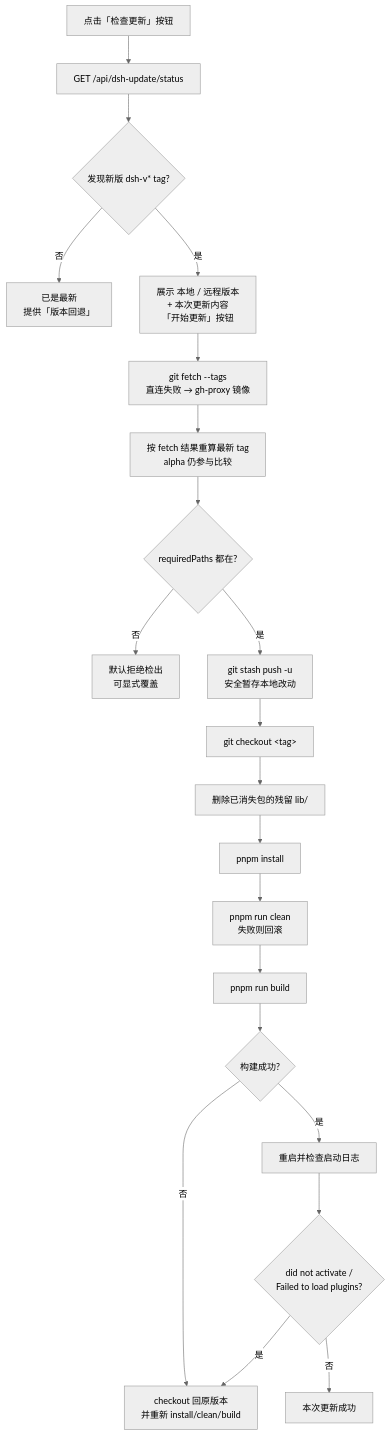
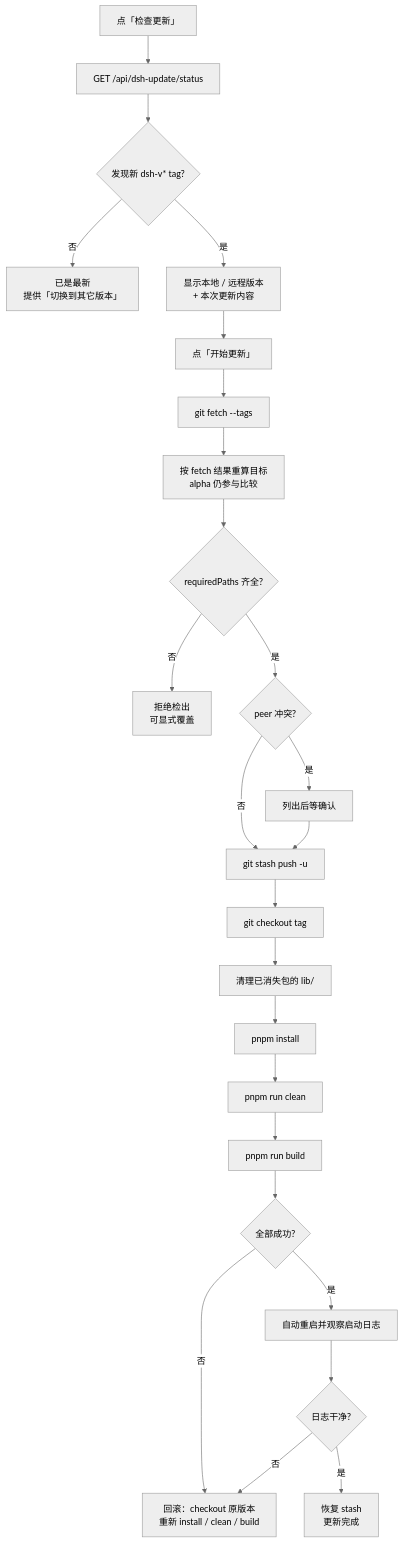
One commit to Zhucy123/dsh-update changed the diagram in README.md. Above: the diagram before and after it, drawn with Mermaid (neutral theme). The commit also changed other lines of this file and 7 other files, not shown here.

First line of the commit message:
v2.0.0: 重写 README 并补真实界面截图

````diff
--- a/README.md
+++ b/README.md
@@ -55,23 +219,27 @@
 ```mermaid
 flowchart TD
-    A[点击「检查更新」按钮] --> B[GET /api/dsh-update/status]
-    B --> C{发现新版 dsh-v* tag?}
-    C -- 否 --> D[已是最新<br/>提供「版本回退」]
-    C -- 是 --> E[展示 本地 / 远程版本<br/>+ 本次更新内容<br/>「开始更新」按钮]
-    E --> F[git fetch --tags<br/>直连失败 → gh-proxy 镜像]
-    F --> R[按 fetch 结果重算最新 tag<br/>alpha 仍参与比较]
-    R --> P{requiredPaths 都在?}
-    P -- 否 --> Q[默认拒绝检出<br/>可显式覆盖]
-    P -- 是 --> G[git stash push -u<br/>安全暂存本地改动]
-    G --> H[git checkout &lt;tag&gt;]
-    H --> OL[删除已消失包的残留 lib/]
+    A[点「检查更新」] --> B[GET /api/dsh-update/status]
+    B --> C{发现新 dsh-v* tag?}
+    C -- 否 --> D[已是最新<br/>提供「切换到其它版本」]
+    C -- 是 --> E[显示本地 / 远程版本<br/>+ 本次更新内容]
+    E --> F[点「开始更新」]
+    F --> G[git fetch --tags]
+    G --> R[按 fetch 结果重算目标<br/>alpha 仍参与比较]
+    R --> P{requiredPaths 齐全?}
+    P -- 否 --> Q[拒绝检出<br/>可显式覆盖]
+    P -- 是 --> PE{peer 冲突?}
+    PE -- 是 --> PF[列出后等确认]
+    PE -- 否 --> S[git stash push -u]
+    PF --> S
+    S --> H[git checkout tag]
+    H --> OL[清理已消失包的 lib/]
     OL --> I[pnpm install]
-    I --> J[pnpm run clean<br/>失败则回滚]
+    I --> J[pnpm run clean]
     J --> K[pnpm run build]
-    K --> L{构建成功?}
-    L -- 否 --> M[checkout 回原版本<br/>并重新 install/clean/build]
-    L -- 是 --> N[重启并检查启动日志]
-    N --> O{did not activate /<br/>Failed to load plugins?}
-    O -- 是 --> M
-    O -- 否 --> S[本次更新成功]
+    K --> L{全部成功?}
+    L -- 否 --> M[回滚：checkout 原版本<br/>重新 install / clean / build]
+    L -- 是 --> N[自动重启并观察启动日志]
+    N --> O{日志干净?}
+    O -- 否 --> M
+    O -- 是 --> T[恢复 stash<br/>更新完成]
 ```
````
